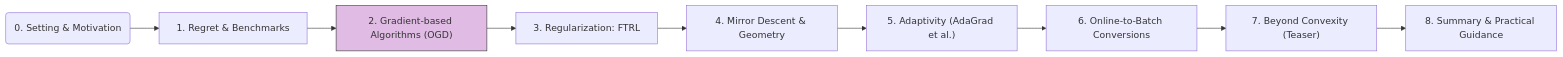
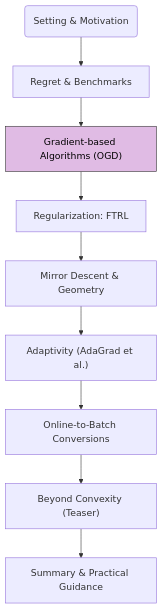
Before and after one commit to JiHa-Kim/jiha-kim.github.io: the diagram in collections/_crash-courses/online-learning/2-online-gradient-descent.md, drawn with Mermaid. The commit also changed 13 other files, not shown here.

````diff
--- a/collections/_crash-courses/online-learning/2-online-gradient-descent.md
+++ b/collections/_crash-courses/online-learning/2-online-gradient-descent.md
@@ -151,13 +151,13 @@
 ```mermaid
-flowchart LR
-    C0("0. Setting & Motivation") --> C1["1. Regret & Benchmarks"]
-    C1 --> C2["2. Gradient-based Algorithms (OGD)"]
-    C2 --> C3["3. Regularization: FTRL"]
-    C3 --> C4["4. Mirror Descent & Geometry"]
-    C4 --> C5["5. Adaptivity (AdaGrad et al.)"]
-    C5 --> C6["6. Online-to-Batch Conversions"]
-    C6 --> C7["7. Beyond Convexity (Teaser)"]
-    C7 --> C8["8. Summary & Practical Guidance"]
+flowchart TD
+    C0("Setting & Motivation") --> C1["Regret & Benchmarks"]
+    C1 --> C2["Gradient-based Algorithms (OGD)"]
+    C2 --> C3["Regularization: FTRL"]
+    C3 --> C4["Mirror Descent & Geometry"]
+    C4 --> C5["Adaptivity (AdaGrad et al.)"]
+    C5 --> C6["Online-to-Batch Conversions"]
+    C6 --> C7["Beyond Convexity (Teaser)"]
+    C7 --> C8["Summary & Practical Guidance"]
 
-    style C2 fill:#E0BBE4,stroke:#333,stroke-width:2px % Highlight current module
+    style C2 fill:#E0BBE4,color:#000,stroke:#333,stroke-width:2px % Highlight current module
 ```
````
